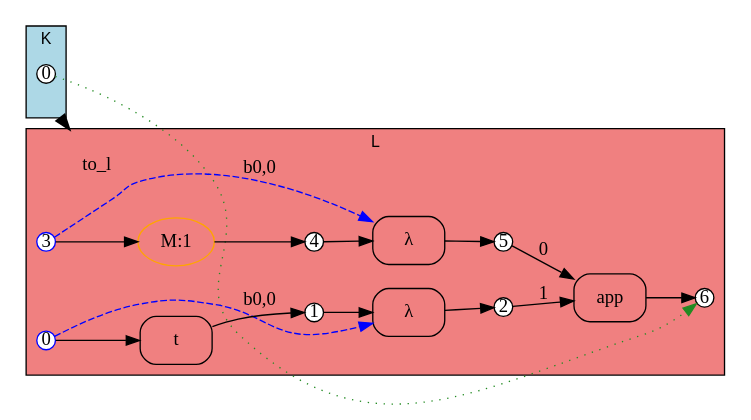
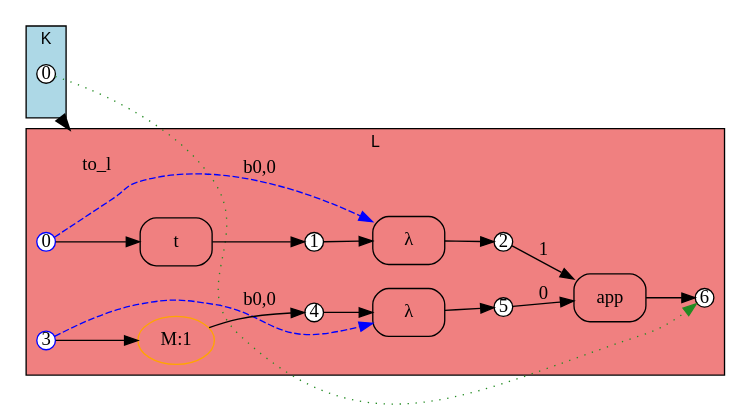
Before and after one commit to ammatsui/bhypvis: the diagram in crates/bhyp/images/test_example_beta_rule_instance_v_to_lambda_x_tx/instantiated_rule_span_to_l.dot, drawn with Graphviz. The commit also changed other lines of this file and 738 other files, not shown here.

```diff
--- a/crates/bhyp/images/test_example_beta_rule_instance_v_to_lambda_x_tx/instantiated_rule_span_to_l.dot
+++ b/crates/bhyp/images/test_example_beta_rule_instance_v_to_lambda_x_tx/instantiated_rule_span_to_l.dot
@@ -1,59 +1,59 @@
 digraph Morphism {
   fontname="Helvetica"
   fontsize=12
   rankdir=LR;
   compound=true;
   newrank=true;
 
   subgraph cluster_domain {
     label="K";
     style=filled;
     fillcolor="lightblue";
     fontname="Helvetica";
     fontsize=12;
 
     dom_n0 [label="0", shape=circle, style=filled, fillcolor=white, color="black", width=0.2, height=0.2, fixedsize=true];
     dom_anchor [shape=point, width=0, height=0, style=invis];
   }
 
   subgraph cluster_codomain {
     label="L";
     style=filled;
     fillcolor="lightcoral";
     fontname="Helvetica";
     fontsize=12;
 
+    cod_n1 [label="1", shape=circle, style=filled, fillcolor=white, color="black", width=0.2, height=0.2, fixedsize=true];
+    cod_n6 [label="6", shape=circle, style=filled, fillcolor=white, color="black", width=0.2, height=0.2, fixedsize=true];
+    cod_n4 [label="4", shape=circle, style=filled, fillcolor=white, color="black", width=0.2, height=0.2, fixedsize=true];
+    cod_n5 [label="5", shape=circle, style=filled, fillcolor=white, color="black", width=0.2, height=0.2, fixedsize=true];
+    cod_n2 [label="2", shape=circle, style=filled, fillcolor=white, color="black", width=0.2, height=0.2, fixedsize=true];
+    cod_n0 [label="0", shape=circle, style=filled, fillcolor=white, color="blue", width=0.2, height=0.2, fixedsize=true];
     cod_n3 [label="3", shape=circle, style=filled, fillcolor=white, color="blue", width=0.2, height=0.2, fixedsize=true];
-    cod_n4 [label="4", shape=circle, style=filled, fillcolor=white, color="black", width=0.2, height=0.2, fixedsize=true];
-    cod_n0 [label="0", shape=circle, style=filled, fillcolor=white, color="blue", width=0.2, height=0.2, fixedsize=true];
-    cod_n5 [label="5", shape=circle, style=filled, fillcolor=white, color="black", width=0.2, height=0.2, fixedsize=true];
-    cod_n6 [label="6", shape=circle, style=filled, fillcolor=white, color="black", width=0.2, height=0.2, fixedsize=true];
-    cod_n1 [label="1", shape=circle, style=filled, fillcolor=white, color="black", width=0.2, height=0.2, fixedsize=true];
-    cod_n2 [label="2", shape=circle, style=filled, fillcolor=white, color="black", width=0.2, height=0.2, fixedsize=true];
-    cod_e1 [label="λ", shape=box, style=rounded, color="black"];
-    cod_e0 [label="t", shape=box, style=rounded, color="black"];
+    cod_e3 [label="λ", shape=box, style=rounded, color="black"];
     cod_e4 [label="app", shape=box, style=rounded, color="black"];
     cod_e2 [label="M:1", shape=ellipse, style=rounded, color="orange"];
-    cod_e3 [label="λ", shape=box, style=rounded, color="black"];
-    cod_n1 -> cod_e1 [label=""];
-    cod_n0 -> cod_e1 [style=dashed, color="blue", constraint=false, label="b0,0"];
-    cod_e1 -> cod_n2 [label=""];
-    cod_n0 -> cod_e0 [label=""];
-    cod_e0 -> cod_n1 [label=""];
+    cod_e0 [label="t", shape=box, style=rounded, color="black"];
+    cod_e1 [label="λ", shape=box, style=rounded, color="black"];
+    cod_n4 -> cod_e3 [label=""];
+    cod_n3 -> cod_e3 [style=dashed, color="blue", constraint=false, label="b0,0"];
+    cod_e3 -> cod_n5 [label=""];
     cod_n5 -> cod_e4 [label="0"];
     cod_n2 -> cod_e4 [label="1"];
     cod_e4 -> cod_n6 [label=""];
     cod_n3 -> cod_e2 [label=""];
     cod_e2 -> cod_n4 [label=""];
-    cod_n4 -> cod_e3 [label=""];
-    cod_n3 -> cod_e3 [style=dashed, color="blue", constraint=false, label="b0,0"];
-    cod_e3 -> cod_n5 [label=""];
+    cod_n0 -> cod_e0 [label=""];
+    cod_e0 -> cod_n1 [label=""];
+    cod_n1 -> cod_e1 [label=""];
+    cod_n0 -> cod_e1 [style=dashed, color="blue", constraint=false, label="b0,0"];
+    cod_e1 -> cod_n2 [label=""];
     cod_anchor [shape=point, width=0, height=0, style=invis];
   }
 
   // Morphism mappings
   dom_n0 -> cod_n6 [style=dotted, color=forestgreen, constraint=false];
 
   // Cluster-level morphism arrow
   dom_anchor -> cod_anchor [lhead=cluster_codomain, ltail=cluster_domain, style=bold, color=black, label="to_l", penwidth=2];
 }
```
